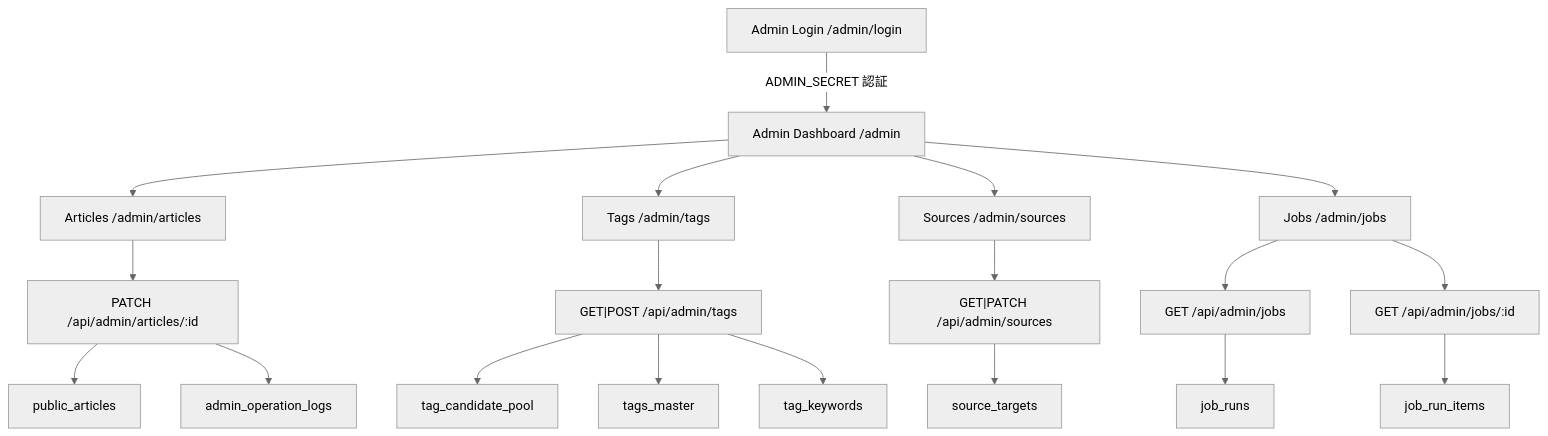
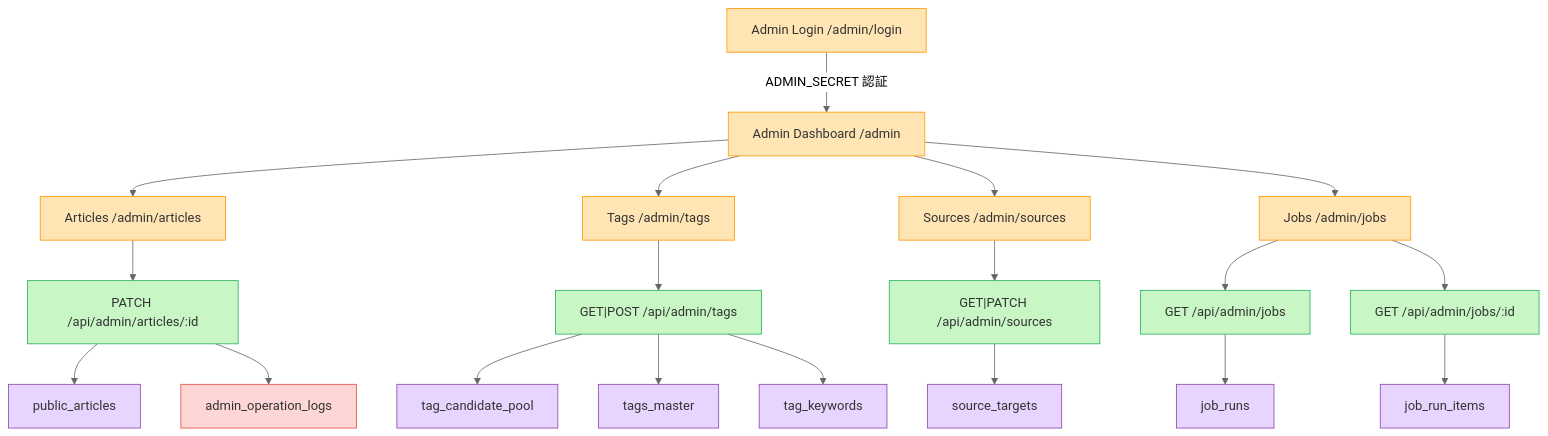
One commit to rohto4/ai-hub changed the second of 2 diagrams in docs/imp/screen-flow.md. Above: the diagram before and after it, drawn with Mermaid (neutral theme). The commit also changed other lines of this file and 1 other file, not shown here.

First line of the commit message:
docs: Mermaid 図に凡例に合わせた着色を追加

````diff
--- a/docs/imp/screen-flow.md
+++ b/docs/imp/screen-flow.md
@@ -75,25 +79,30 @@
 ```mermaid
 flowchart TD
-    Login["Admin Login /admin/login"] -->|ADMIN_SECRET 認証| Dashboard["Admin Dashboard /admin"]
-    Dashboard --> Articles["Articles /admin/articles"]
-    Dashboard --> Tags["Tags /admin/tags"]
-    Dashboard --> Sources["Sources /admin/sources"]
-    Dashboard --> Jobs["Jobs /admin/jobs"]
+    classDef screen fill:#ffe5b4,stroke:#f90,color:#333
+    classDef api    fill:#c8f7c5,stroke:#27ae60,color:#333
+    classDef admin  fill:#ffd6d6,stroke:#e74c3c,color:#333
+    classDef db     fill:#e8d5ff,stroke:#8e44ad,color:#333
 
-    Articles --> ArticlesApi["PATCH /api/admin/articles/:id"]
-    ArticlesApi --> PublicArticles["public_articles"]
-    ArticlesApi --> AdminLogs["admin_operation_logs"]
+    Login["Admin Login /admin/login"]:::screen -->|ADMIN_SECRET 認証| Dashboard["Admin Dashboard /admin"]:::screen
+    Dashboard --> Articles["Articles /admin/articles"]:::screen
+    Dashboard --> Tags["Tags /admin/tags"]:::screen
+    Dashboard --> Sources["Sources /admin/sources"]:::screen
+    Dashboard --> Jobs["Jobs /admin/jobs"]:::screen
 
-    Tags --> TagsApi["GET|POST /api/admin/tags"]
-    TagsApi --> TagPool["tag_candidate_pool"]
-    TagsApi --> TagsMaster["tags_master"]
-    TagsApi --> TagKeywords["tag_keywords"]
+    Articles --> ArticlesApi["PATCH /api/admin/articles/:id"]:::api
+    ArticlesApi --> PublicArticles["public_articles"]:::db
+    ArticlesApi --> AdminLogs["admin_operation_logs"]:::admin
 
-    Sources --> SourcesApi["GET|PATCH /api/admin/sources"]
-    SourcesApi --> SourceTargets["source_targets"]
+    Tags --> TagsApi["GET|POST /api/admin/tags"]:::api
+    TagsApi --> TagPool["tag_candidate_pool"]:::db
+    TagsApi --> TagsMaster["tags_master"]:::db
+    TagsApi --> TagKeywords["tag_keywords"]:::db
 
-    Jobs --> JobsApi["GET /api/admin/jobs"]
-    JobsApi --> JobRuns["job_runs"]
-    Jobs --> JobDetailApi["GET /api/admin/jobs/:id"]
-    JobDetailApi --> JobRunItems["job_run_items"]
+    Sources --> SourcesApi["GET|PATCH /api/admin/sources"]:::api
+    SourcesApi --> SourceTargets["source_targets"]:::db
+
+    Jobs --> JobsApi["GET /api/admin/jobs"]:::api
+    JobsApi --> JobRuns["job_runs"]:::db
+    Jobs --> JobDetailApi["GET /api/admin/jobs/:id"]:::api
+    JobDetailApi --> JobRunItems["job_run_items"]:::db
 ```
````
